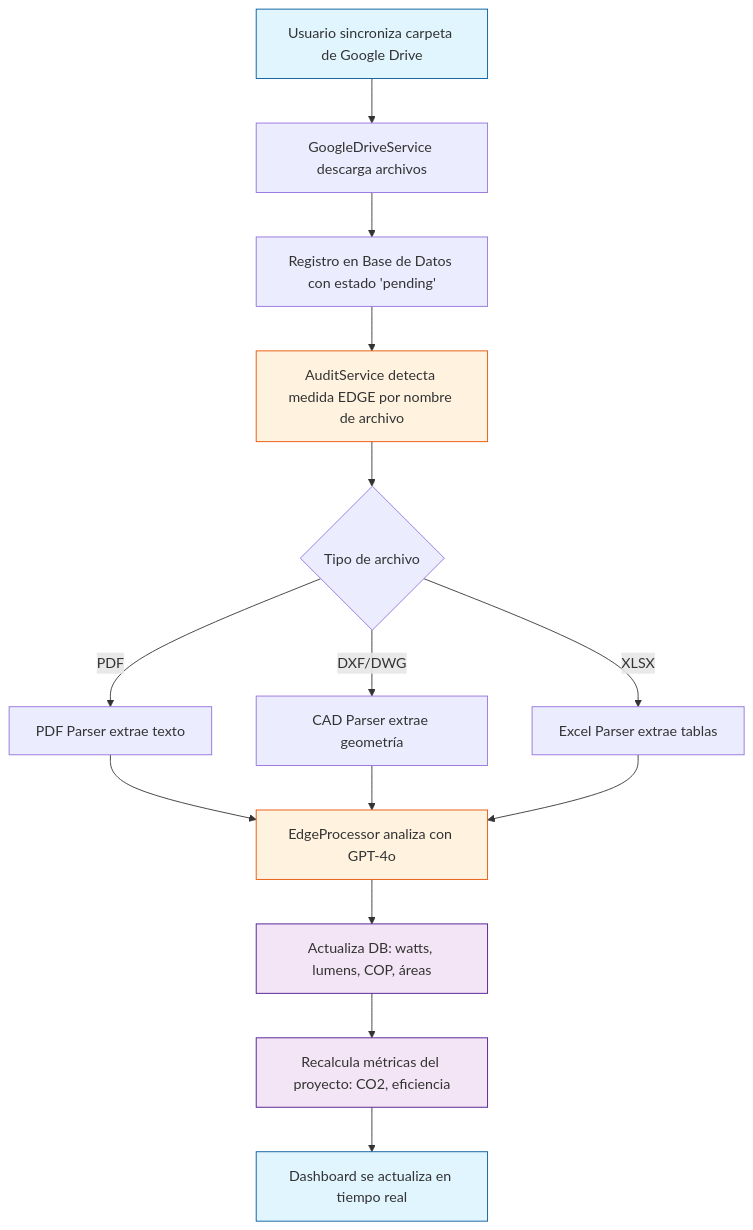
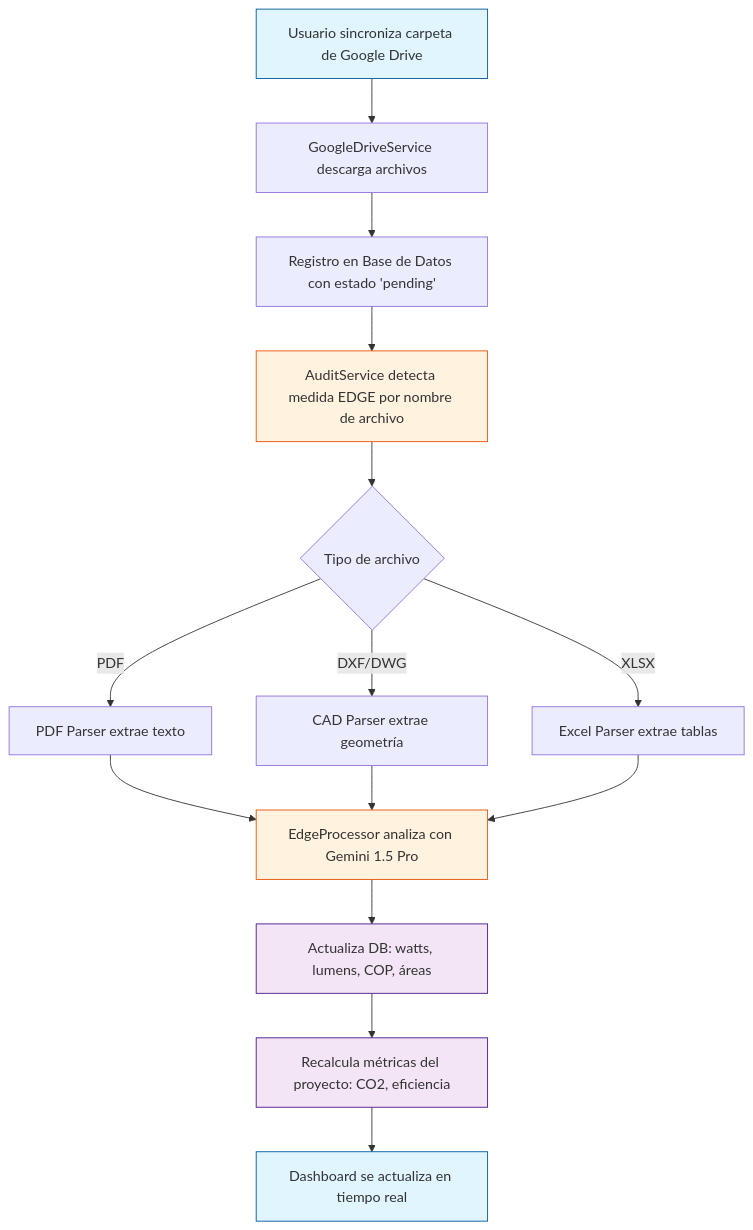
Before and after one commit to gproatechnology/GProA_Edge: the second of 2 diagrams in README.md, drawn with Mermaid. The commit also changed other lines of this file and 34 other files, not shown here.

````diff
--- a/README.md
+++ b/README.md
@@ -57,21 +57,21 @@
 ```mermaid
 flowchart TD
     A[Usuario sincroniza carpeta de Google Drive] --> B[GoogleDriveService descarga archivos]
     B --> C[Registro en Base de Datos con estado 'pending']
     C --> D[AuditService detecta medida EDGE por nombre de archivo]
     D --> E{Tipo de archivo}
     E -->|PDF| F[PDF Parser extrae texto]
     E -->|DXF/DWG| G[CAD Parser extrae geometría]
     E -->|XLSX| H[Excel Parser extrae tablas]
-    F & G & H --> I[EdgeProcessor analiza con GPT-4o]
+    F & G & H --> I[EdgeProcessor analiza con Gemini 1.5 Pro]
     I --> J[Actualiza DB: watts, lumens, COP, áreas]
     J --> K[Recalcula métricas del proyecto: CO2, eficiencia]
     K --> L[Dashboard se actualiza en tiempo real]
 
     classDef startEnd fill:#e1f5fe,stroke:#01579b
     classDef ai fill:#fff3e0,stroke:#e65100
     classDef db fill:#f3e5f5,stroke:#4a148c
     class A,L startEnd
     class I,D ai
     class J,K db
 ```
````
